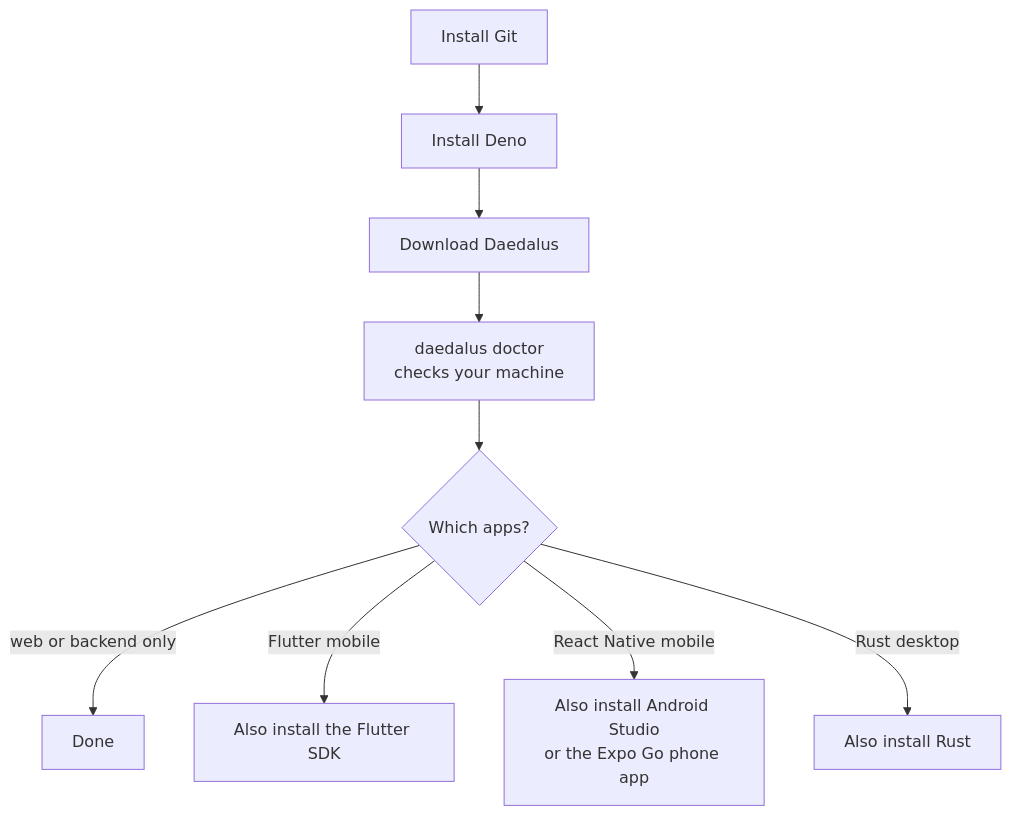
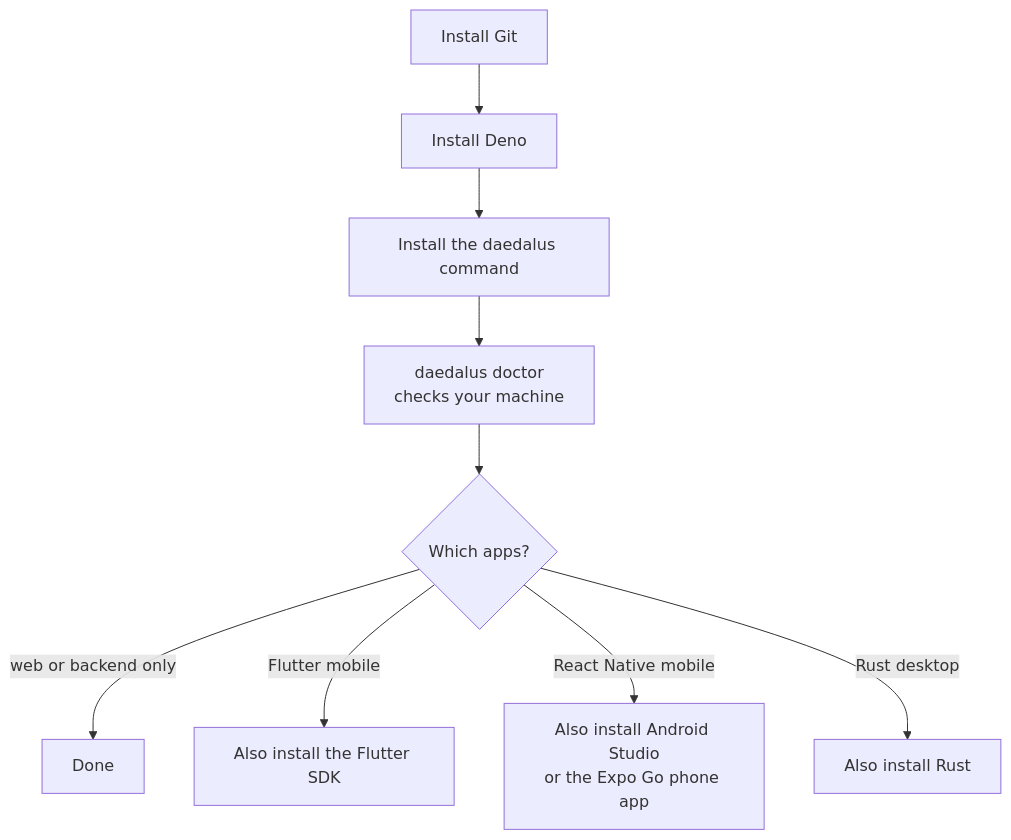
One commit to Hagalaz2001/Daedalus-framework changed the diagram in docs/learn/install.md. Above: the diagram before and after it, drawn with Mermaid. The commit also changed other lines of this file and 38 other files, not shown here.

````diff
--- a/docs/learn/install.md
+++ b/docs/learn/install.md
@@ -6,11 +6,11 @@
 ```mermaid
 flowchart TD
   A["Install Git"] --> B["Install Deno"]
-  B --> C["Download Daedalus"]
+  B --> C["Install the daedalus command"]
   C --> D["daedalus doctor<br/>checks your machine"]
   D --> E{"Which apps?"}
   E -- "web or backend only" --> F["Done"]
   E -- "Flutter mobile" --> G["Also install the Flutter SDK"]
   E -- "React Native mobile" --> H["Also install Android Studio<br/>or the Expo Go phone app"]
   E -- "Rust desktop" --> I["Also install Rust"]
 ```
````
